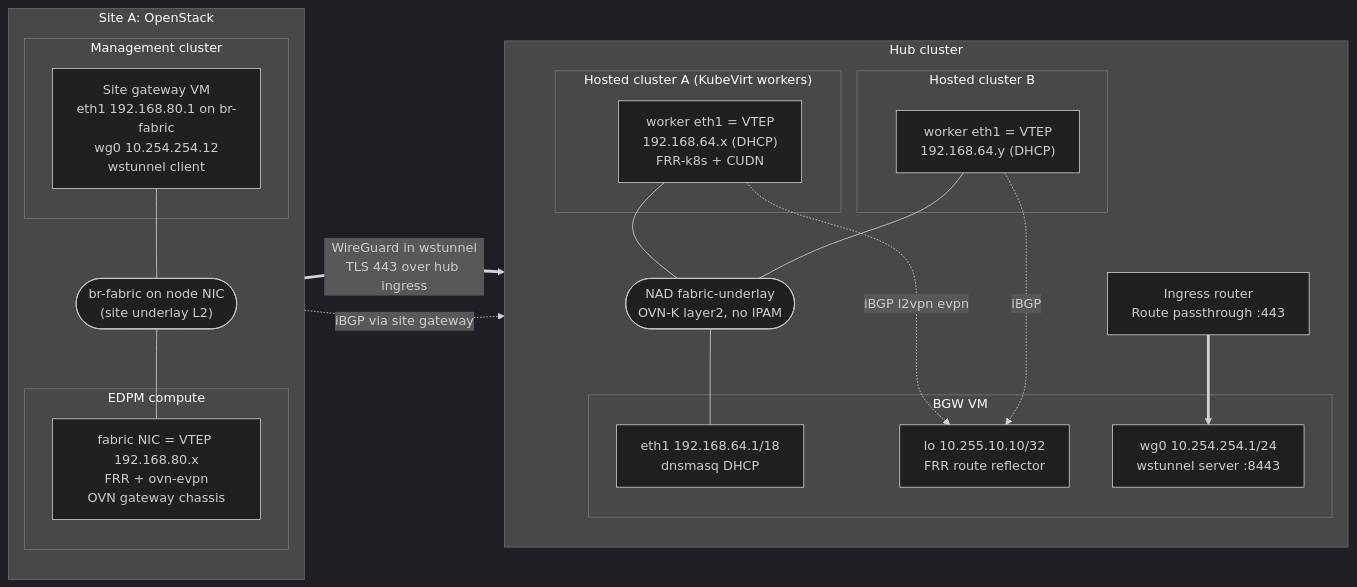
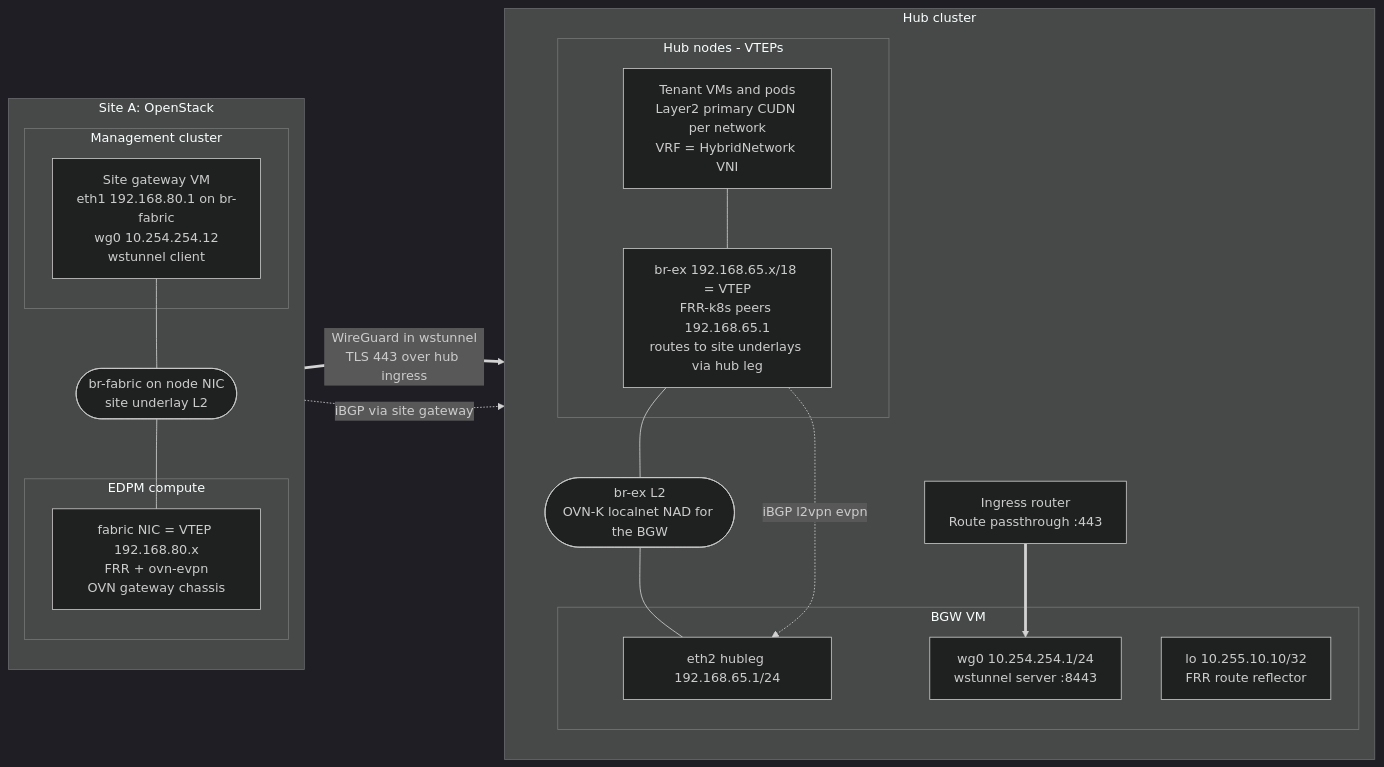
The first of 11 diagrams in design/fabric.md (hybrid-sovereign-cloud/hybridcloud-demojam), drawn with Mermaid (dark theme) before and after one commit. The commit also changed other lines of this file and 9 other files, not shown here.

Commit message:
docs: workshop labs and design doc for the CloudInfrastructure model and the hub CloudVirt spoke

````diff
--- a/design/fabric.md
+++ b/design/fabric.md
@@ -112,38 +121,35 @@
 ```mermaid
 flowchart LR
   subgraph hub["Hub cluster"]
     direction TB
     ING["Ingress router\nRoute passthrough :443"]
     subgraph bgw["BGW VM"]
       LO["lo 10.255.10.10/32\nFRR route reflector"]
-      E1["eth1 192.168.64.1/18\ndnsmasq DHCP"]
+      E2["eth2 hubleg 192.168.65.1/24"]
       WG["wg0 10.254.254.1/24\nwstunnel server :8443"]
     end
-    UL(["NAD fabric-underlay\nOVN-K layer2, no IPAM"])
-    subgraph hcpA["Hosted cluster A (KubeVirt workers)"]
-      WA["worker eth1 = VTEP\n192.168.64.x (DHCP)\nFRR-k8s + CUDN"]
-    end
-    subgraph hcpB["Hosted cluster B"]
-      WB["worker eth1 = VTEP\n192.168.64.y (DHCP)"]
+    LN(["br-ex L2\nOVN-K localnet NAD for the BGW"])
+    subgraph nodes["Hub nodes - VTEPs"]
+      NV["br-ex 192.168.65.x/18 = VTEP\nFRR-k8s peers 192.168.65.1\nroutes to site underlays via hub leg"]
+      VMS["Tenant VMs and pods\nLayer2 primary CUDN per network\nVRF = HybridNetwork VNI"]
     end
   end
   subgraph siteA["Site A: OpenStack"]
     direction TB
     subgraph mgmt["Management cluster"]
       SG["Site gateway VM\neth1 192.168.80.1 on br-fabric\nwg0 10.254.254.12\nwstunnel client"]
     end
-    BR(["br-fabric on node NIC\n(site underlay L2)"])
+    BR(["br-fabric on node NIC\nsite underlay L2"])
     subgraph edpm["EDPM compute"]
       CN["fabric NIC = VTEP 192.168.80.x\nFRR + ovn-evpn\nOVN gateway chassis"]
     end
   end
-  WA --- UL
-  WB --- UL
-  UL --- E1
-  WA -. "iBGP l2vpn evpn" .-> LO
-  WB -. "iBGP" .-> LO
+  VMS --- NV
+  NV --- LN
+  LN --- E2
+  NV -. "iBGP l2vpn evpn" .-> E2
   SG == "WireGuard in wstunnel\nTLS 443 over hub ingress" ==> ING
   ING ==> WG
   SG --- BR --- CN
   CN -. "iBGP via site gateway" .-> LO
 ```
````
